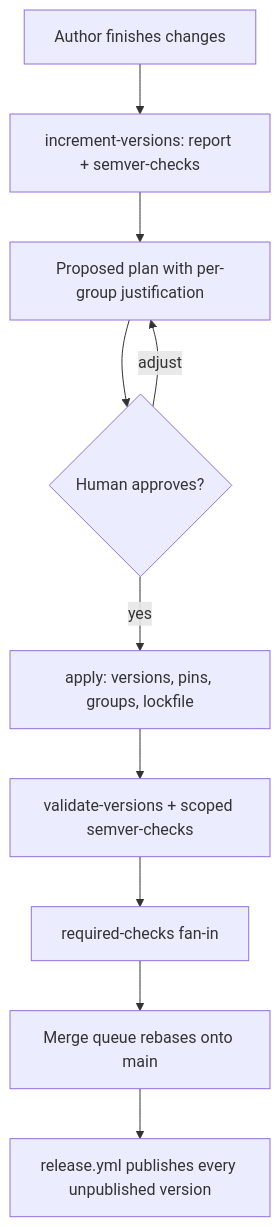
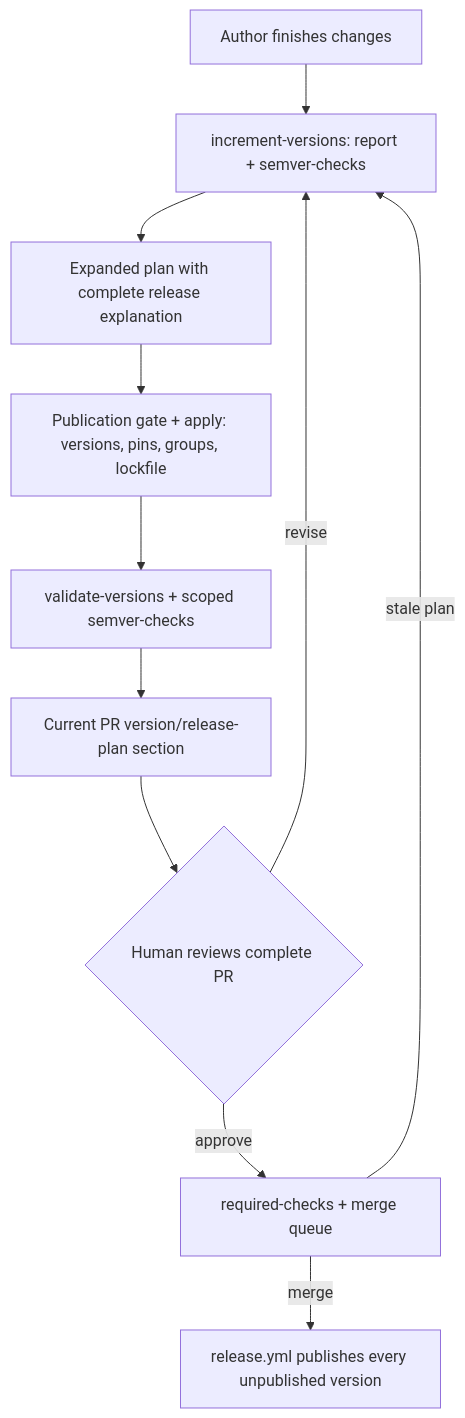
One commit to sandersaares/folo changed the diagram in docs/release-versioning.md. Above: the diagram before and after it, drawn with Mermaid. The commit also changed other lines of this file and 123 other files, not shown here.

````diff
--- a/docs/release-versioning.md
+++ b/docs/release-versioning.md
@@ -549,12 +570,13 @@
 ```mermaid
 flowchart TD
     A["Author finishes changes"] --> B["increment-versions: report + semver-checks"]
-    B --> C["Proposed plan with per-group justification"]
-    C --> D{"Human approves?"}
-    D -- adjust --> C
-    D -- yes --> E["apply: versions, pins, groups, lockfile"]
-    E --> F["validate-versions + scoped semver-checks"]
-    F --> G["required-checks fan-in"]
-    G --> H["Merge queue rebases onto main"]
-    H --> I["release.yml publishes every unpublished version"]
+    B --> C["Expanded plan with complete release explanation"]
+    C --> D["Publication gate + apply: versions, pins, groups, lockfile"]
+    D --> E["validate-versions + scoped semver-checks"]
+    E --> F["Current PR version/release-plan section"]
+    F --> G{"Human reviews complete PR"}
+    G -- revise --> B
+    G -- approve --> H["required-checks + merge queue"]
+    H -- stale plan --> B
+    H -- merge --> I["release.yml publishes every unpublished version"]
 ```
````
